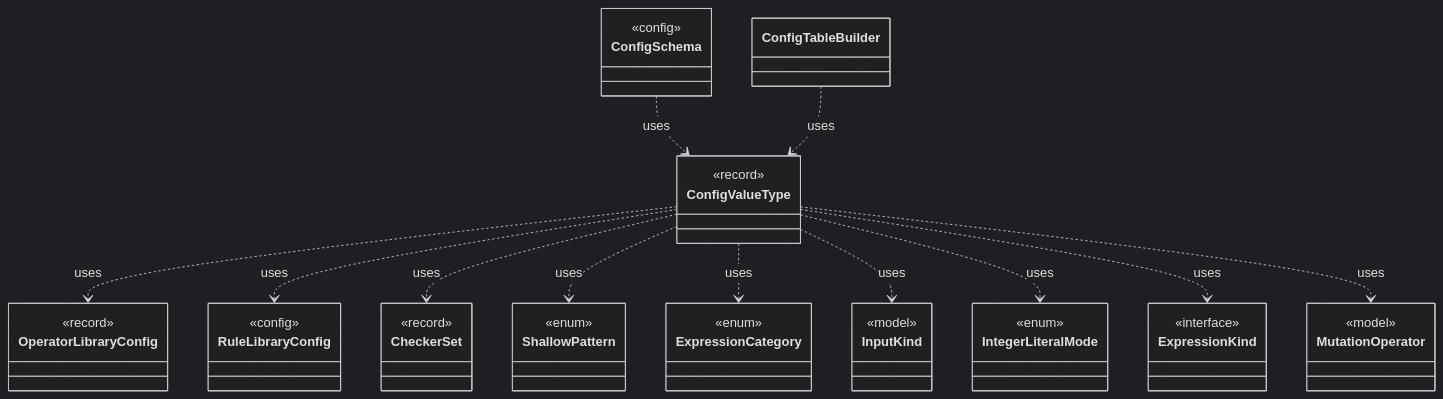
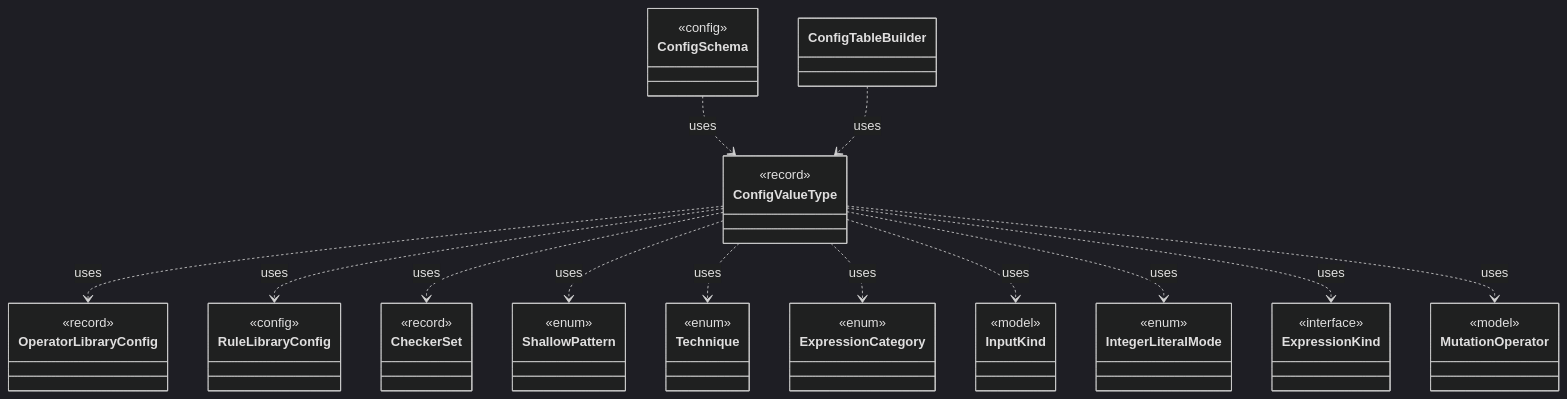
One commit to tlaplus/model-checker-hardening changed the diagram in dev/types/io.github.tlaplus.hardening.config.ConfigValueType.md. Above: the diagram before and after it, drawn with Mermaid (dark theme). The commit also changed other lines of this file and 411 other files, not shown here.

````diff
--- a/dev/types/io.github.tlaplus.hardening.config.ConfigValueType.md
+++ b/dev/types/io.github.tlaplus.hardening.config.ConfigValueType.md
@@ -7,48 +7,52 @@
 ```mermaid
 classDiagram
   class ConfigValueType {
     <<record>>
   }
   class OperatorLibraryConfig {
     <<record>>
   }
   class RuleLibraryConfig {
     <<config>>
   }
   class CheckerSet {
     <<record>>
   }
   class ShallowPattern {
+    <<enum>>
+  }
+  class Technique {
     <<enum>>
   }
   class ExpressionCategory {
     <<enum>>
   }
   class InputKind {
     <<model>>
   }
   class IntegerLiteralMode {
     <<enum>>
   }
   class ExpressionKind {
     <<interface>>
   }
   class MutationOperator {
     <<model>>
   }
   class ConfigSchema {
     <<config>>
   }
   class ConfigTableBuilder
   ConfigValueType ..> OperatorLibraryConfig : uses
   ConfigValueType ..> RuleLibraryConfig : uses
   ConfigValueType ..> CheckerSet : uses
   ConfigValueType ..> ShallowPattern : uses
+  ConfigValueType ..> Technique : uses
   ConfigValueType ..> ExpressionCategory : uses
   ConfigValueType ..> InputKind : uses
   ConfigValueType ..> IntegerLiteralMode : uses
   ConfigValueType ..> ExpressionKind : uses
   ConfigValueType ..> MutationOperator : uses
   ConfigSchema ..> ConfigValueType : uses
   ConfigTableBuilder ..> ConfigValueType : uses
 ```
````
